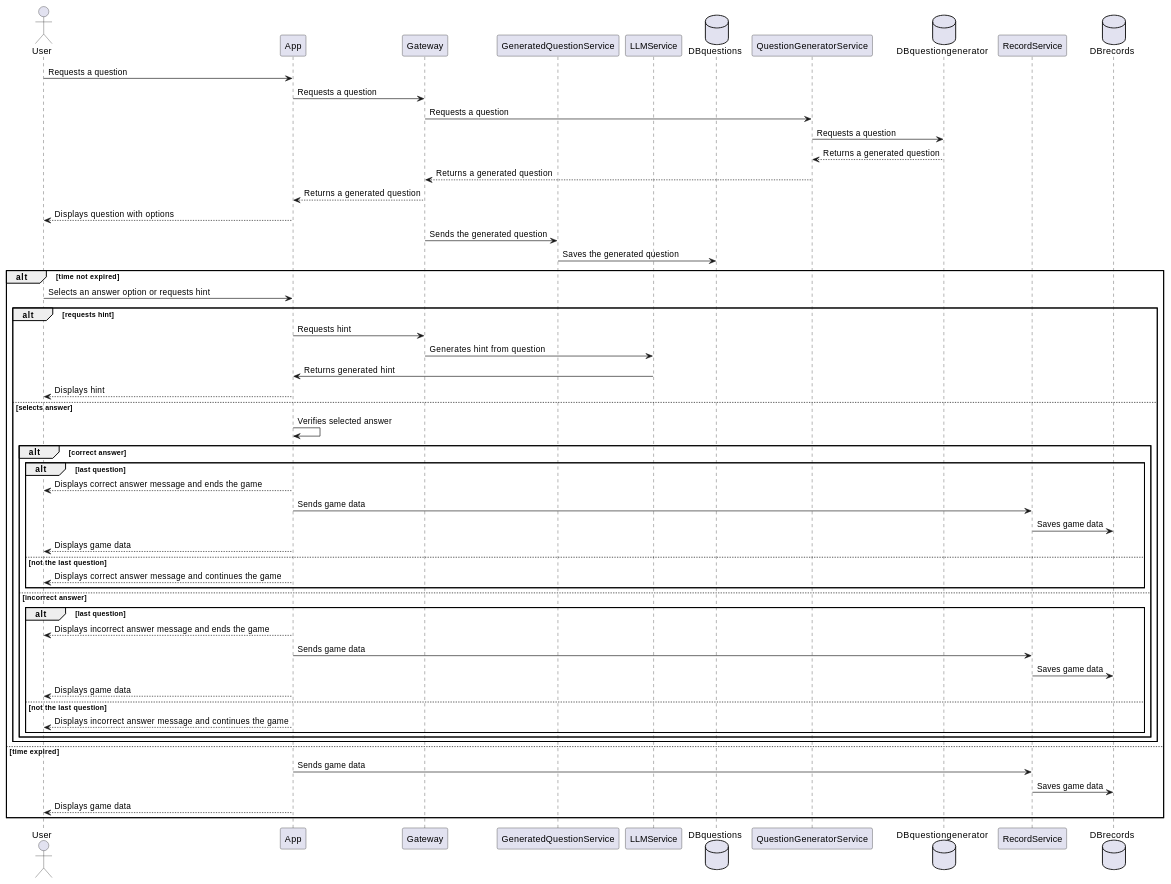
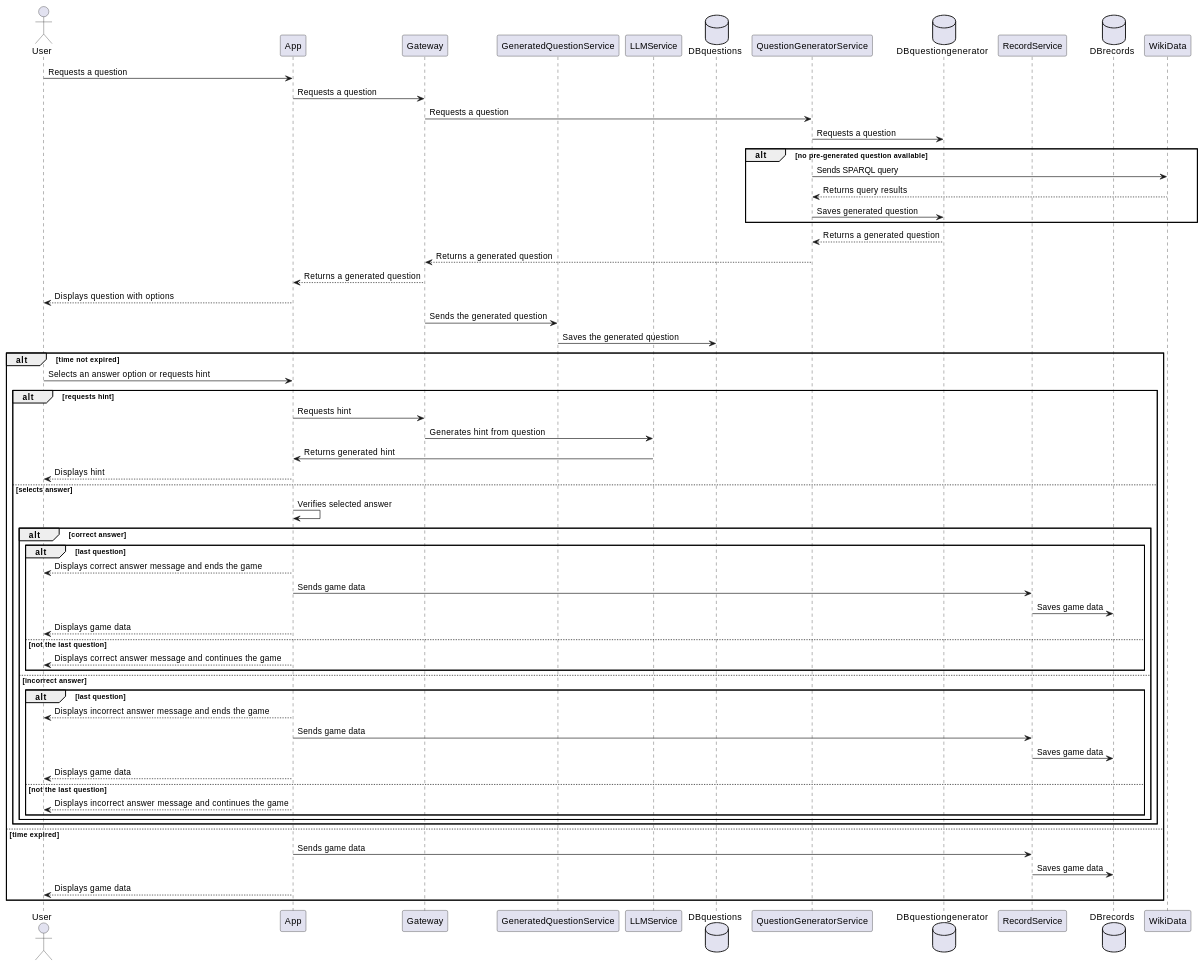
Before and after one commit to Arquisoft/wichat_es6b: the fourth of 6 diagrams in docs/src/06_runtime_view.adoc, drawn with PlantUML. The commit also changed other lines of this file, not shown here.

Commit message:
Cambios en la parte de Runtime View

```diff
--- a/docs/src/06_runtime_view.adoc
+++ b/docs/src/06_runtime_view.adoc
@@ -123,59 +126,65 @@
 [plantuml, question_response, png]
 ----
 actor User
 participant App
 participant Gateway
 participant GeneratedQuestionService
 participant LLMService
 database DBquestions
 participant QuestionGeneratorService
 database DBquestiongenerator
 participant RecordService
 database DBrecords
+participant WikiData
 
 User -> App: Requests a question
 App -> Gateway: Requests a question
 Gateway -> QuestionGeneratorService: Requests a question
 QuestionGeneratorService -> DBquestiongenerator: Requests a question
+alt no pre-generated question available
+    QuestionGeneratorService -> WikiData: Sends SPARQL query
+    WikiData --> QuestionGeneratorService: Returns query results
+    QuestionGeneratorService -> DBquestiongenerator: Saves generated question
+end
 QuestionGeneratorService <-- DBquestiongenerator: Returns a generated question
 Gateway <-- QuestionGeneratorService: Returns a generated question
 App <-- Gateway: Returns a generated question
 User <-- App: Displays question with options
 Gateway -> GeneratedQuestionService: Sends the generated question
 GeneratedQuestionService -> DBquestions: Saves the generated question
 
 alt time not expired
     User -> App: Selects an answer option or requests hint
     alt requests hint
         App -> Gateway: Requests hint
         Gateway -> LLMService: Generates hint from question
         LLMService -> App: Returns generated hint
         User <-- App: Displays hint
     else selects answer
         App -> App: Verifies selected answer
         alt correct answer
             alt last question
                 User <-- App: Displays correct answer message and ends the game
                 App -> RecordService: Sends game data
                 RecordService -> DBrecords: Saves game data
                 User <-- App: Displays game data
             else not the last question
                 User <-- App: Displays correct answer message and continues the game
             end
         else incorrect answer
             alt last question
                 User <-- App: Displays incorrect answer message and ends the game
                 App -> RecordService: Sends game data
                 RecordService -> DBrecords: Saves game data
                 User <-- App: Displays game data
             else not the last question
                 User <-- App: Displays incorrect answer message and continues the game
             end
         end
     end
 else time expired
     App -> RecordService: Sends game data
     RecordService -> DBrecords: Saves game data
     User <-- App: Displays game data
 end
 ----
```
